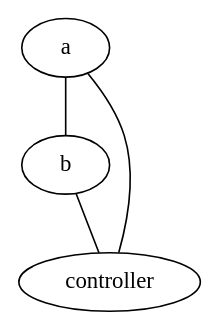
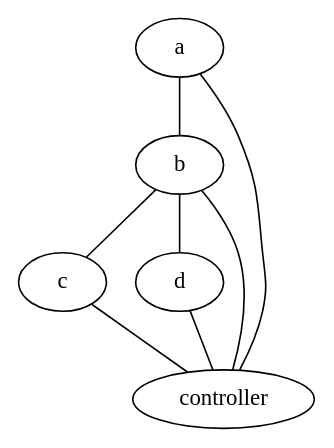
One commit to jsommers/fs changed the diagram in conf/openflow1.dot. Above: the diagram before and after it, drawn with Graphviz. The commit also changed 11 other files, not shown here.

```diff
--- a/conf/openflow1.dot
+++ b/conf/openflow1.dot
@@ -1,43 +1,61 @@
 graph test {
     // global settings for measurements
     counterexportfile="counters"
     flowexport=text
     flowsampling=1.0
     pktsampling=1.0
     exportcycle=60
     counterexport=True
     counterexportinterval=1
     longflowtmo=60
     flowinactivetmo=60
 
     a [ 
         type="OpenflowSwitch"
         controller="controller"
         autoack="False"
 
-        ipdests="10.1.0.0/16"
+        ipdests="10.1.0.0/24"
         m1="modulator start=0 generator=s1 profile=((3600,),(1,))"
-        s1="simple ipsrc=10.1.1.0/24 ipdst=10.2.1.0/24 flowlets=1 dport=randomunifint(1024,65535) sport=randomunifint(1024,65535) ipproto=udp pkts=randomchoice(8333) bytes=randomchoice(12500000) continuous=True fps=1"
+        s1="simple ipsrc=10.1.0.0/24 ipdst=10.2.0.0/24 flowlets=1 dport=randomunifint(1024,65535) sport=randomunifint(1024,65535) ipproto=udp pkts=randomchoice(8333) bytes=randomchoice(12500000) continuous=True fps=1"
         traffic="m1"
     ];
 
     b [ 
         type="OpenflowSwitch"
         controller="controller"
         autoack="False"
-        ipdests="10.2.0.0/16" 
+        ipdests="10.2.0.128/26" 
+    ];
+
+    c [
+        type="OpenflowSwitch"
+        controller="controller"
+        autoack="False"
+        ipdests="10.2.0.192/26" 
+    ];
+
+    d [
+        type="OpenflowSwitch"
+        controller="controller"
+        autoack="False"
+        ipdests="10.2.0.0/25" 
     ];
 
     controller [
         type="OpenflowController"
-	components="pox.forwarding.hub pox.openflow.discovery"
+	components="pox.forwarding.l2_learning pox.openflow.discovery"
     ];
 
 
     // data path links 
-    a -- b [weight=10, capacity=100000000, delay=0.050];
+    a -- b [weight=10, capacity=100000000, delay=0.010];
+    b -- c [weight=10, capacity=100000000, delay=0.010];
+    b -- d [weight=10, capacity=100000000, delay=0.010];
 
     // control links between ofcontroller and each ofswitch
-    a -- controller [ capacity=1000000000, delay=0.001 ]
-    b -- controller [ capacity=1000000000, delay=0.001 ]
+    a -- controller [ capacity=1000000000, delay=0.0001 ]
+    b -- controller [ capacity=1000000000, delay=0.0001 ]
+    c -- controller [ capacity=1000000000, delay=0.0001 ]
+    d -- controller [ capacity=1000000000, delay=0.0001 ]
 }
```
